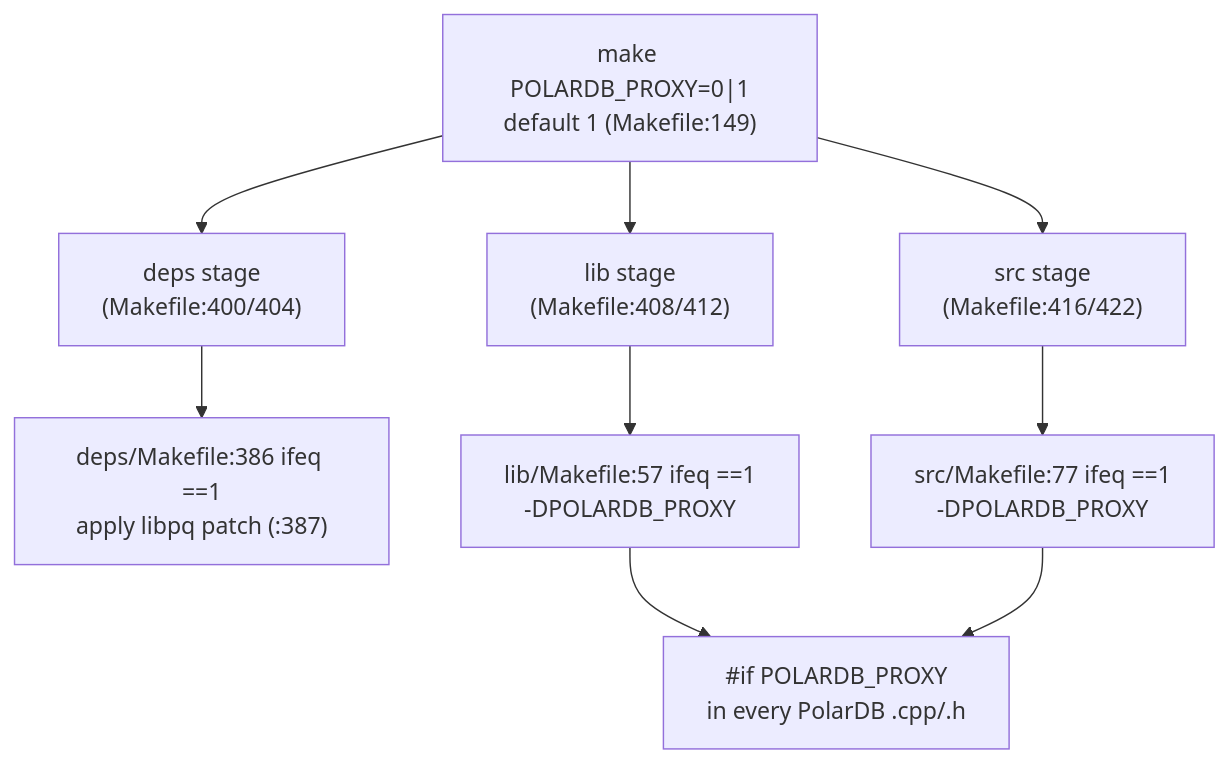
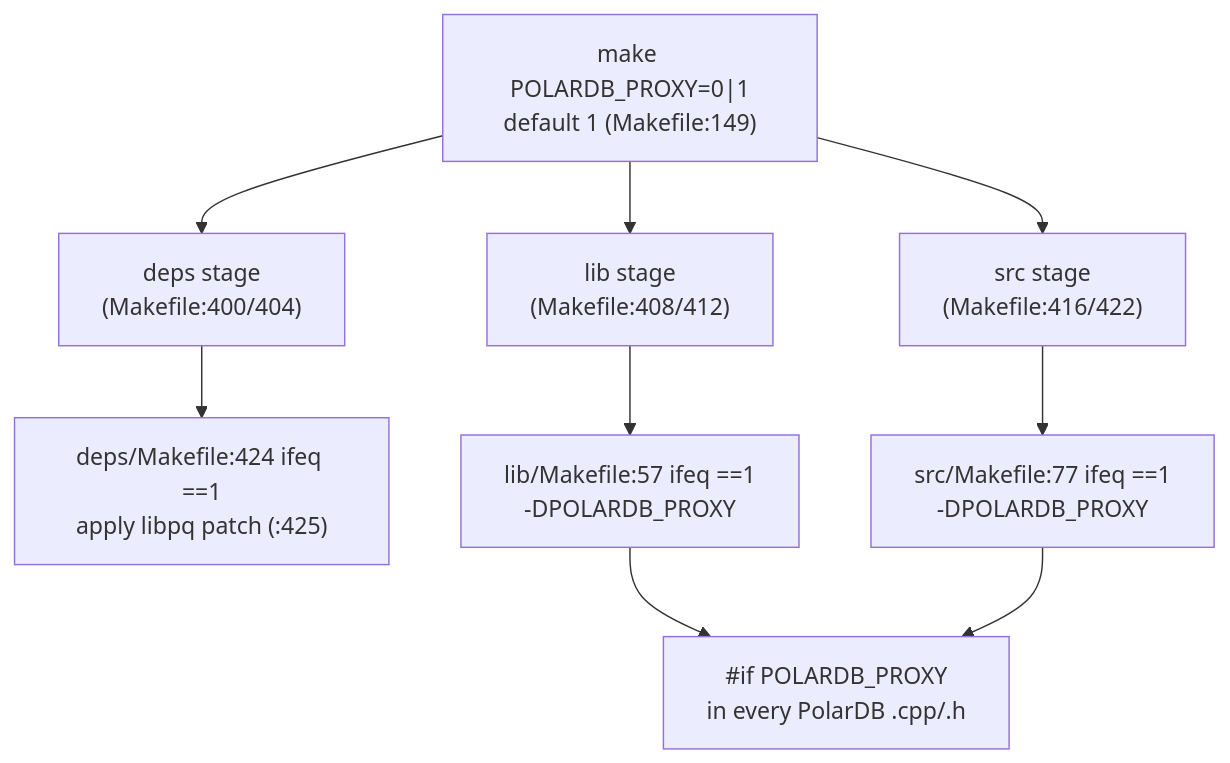
Before and after one commit to awide-labs/polar-proxy: the first of 4 diagrams in doc/polardb-arch/02-BUILD-TOGGLE-AND-LIBPQ.md, drawn with Mermaid. The commit also changed other lines of this file and 21 other files, not shown here.

````diff
--- a/doc/polardb-arch/02-BUILD-TOGGLE-AND-LIBPQ.md
+++ b/doc/polardb-arch/02-BUILD-TOGGLE-AND-LIBPQ.md
@@ -443,11 +486,11 @@
 ```mermaid
 flowchart TD
   A["make POLARDB_PROXY=0|1<br/>default 1 (Makefile:149)"] --> B["deps stage<br/>(Makefile:400/404)"]
   A --> C["lib stage<br/>(Makefile:408/412)"]
   A --> D["src stage<br/>(Makefile:416/422)"]
-  B --> B1["deps/Makefile:386 ifeq ==1<br/>apply libpq patch (:387)"]
+  B --> B1["deps/Makefile:424 ifeq ==1<br/>apply libpq patch (:425)"]
   C --> C1["lib/Makefile:57 ifeq ==1<br/>-DPOLARDB_PROXY"]
   D --> D1["src/Makefile:77 ifeq ==1<br/>-DPOLARDB_PROXY"]
   C1 --> E["#if POLARDB_PROXY<br/>in every PolarDB .cpp/.h"]
   D1 --> E
 ```
````
